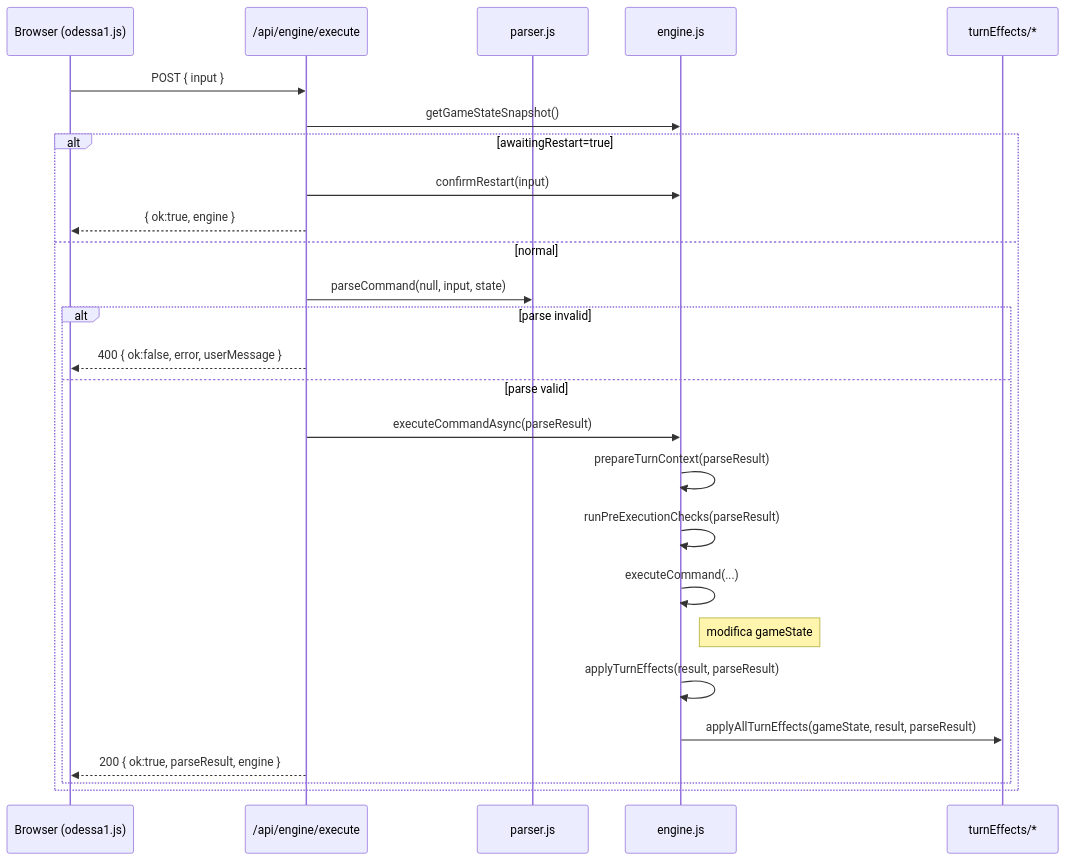
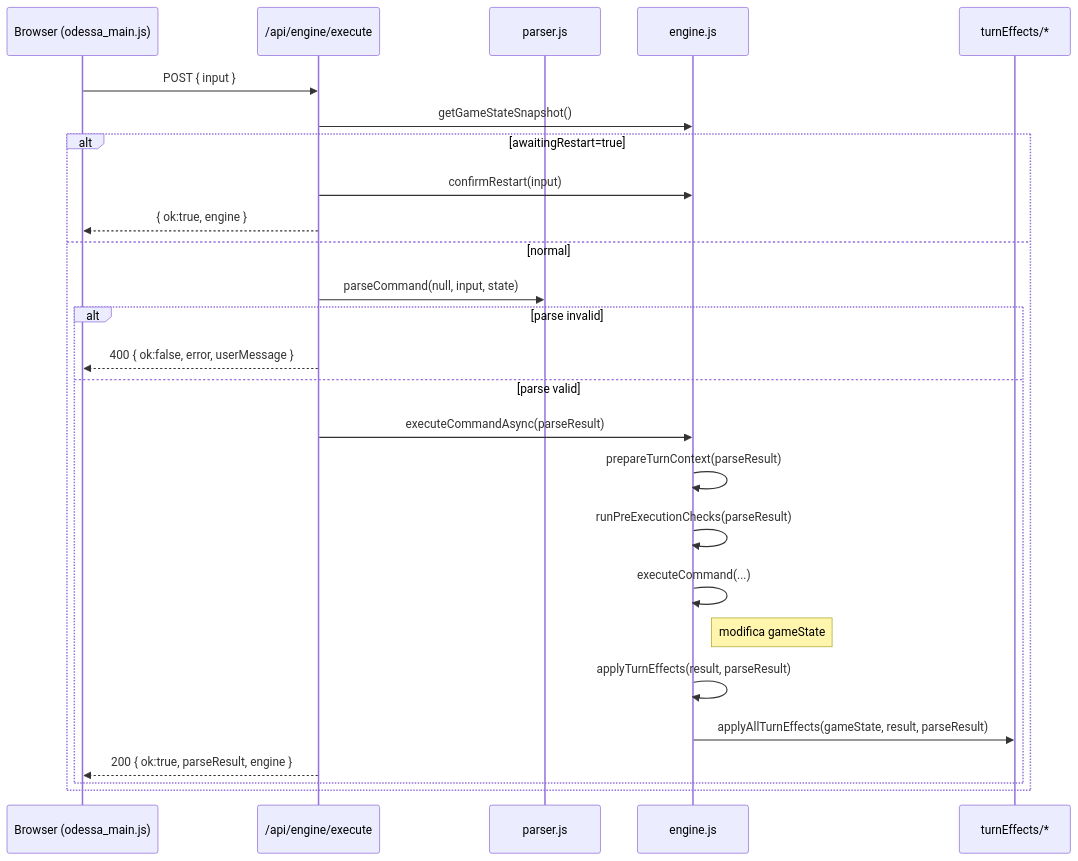
The fifth of 8 diagrams in docs/20260108_architettura_applicativa_01.md (Aqualung61/MissioneOdessa), drawn with Mermaid before and after one commit. The commit also changed other lines of this file and 18 other files, not shown here.

````diff
--- a/docs/20260108_architettura_applicativa_01.md
+++ b/docs/20260108_architettura_applicativa_01.md
@@ -290,29 +290,29 @@
 ```mermaid
 sequenceDiagram
-  participant C as Browser (odessa1.js)
+  participant C as Browser (odessa_main.js)
   participant ER as /api/engine/execute
   participant P as parser.js
   participant E as engine.js
   participant T as turnEffects/*
 
   C->>ER: POST { input }
   ER->>E: getGameStateSnapshot()
   alt awaitingRestart=true
     ER->>E: confirmRestart(input)
     ER-->>C: { ok:true, engine }
   else normal
     ER->>P: parseCommand(null, input, state)
     alt parse invalid
       ER-->>C: 400 { ok:false, error, userMessage }
     else parse valid
       ER->>E: executeCommandAsync(parseResult)
       E->>E: prepareTurnContext(parseResult)
       E->>E: runPreExecutionChecks(parseResult)
       E->>E: executeCommand(...)
       Note right of E: modifica gameState
       E->>E: applyTurnEffects(result, parseResult)
       E->>T: applyAllTurnEffects(gameState, result, parseResult)
       ER-->>C: 200 { ok:true, parseResult, engine }
     end
   end
 ```
````
